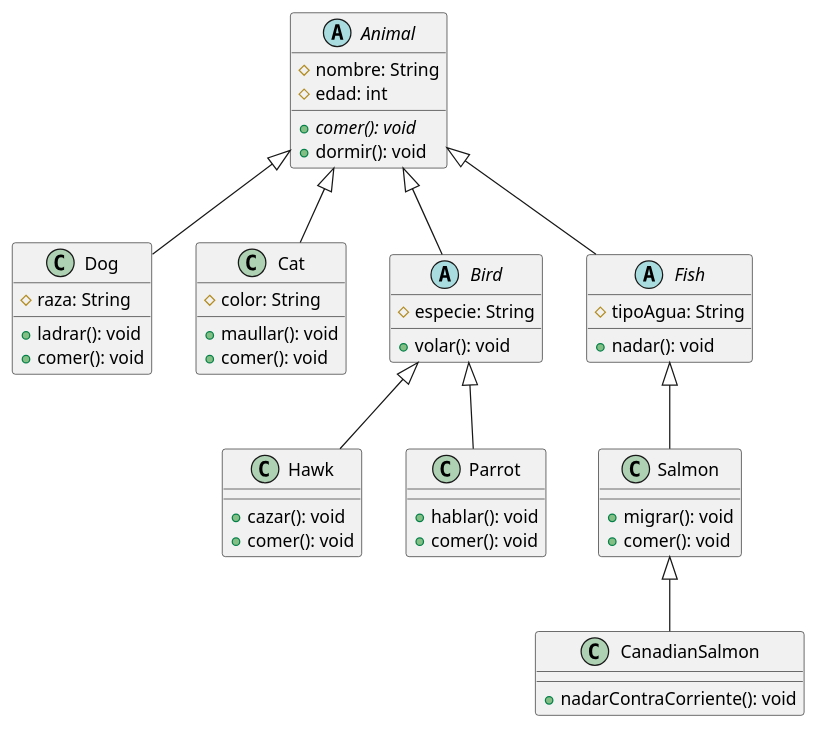
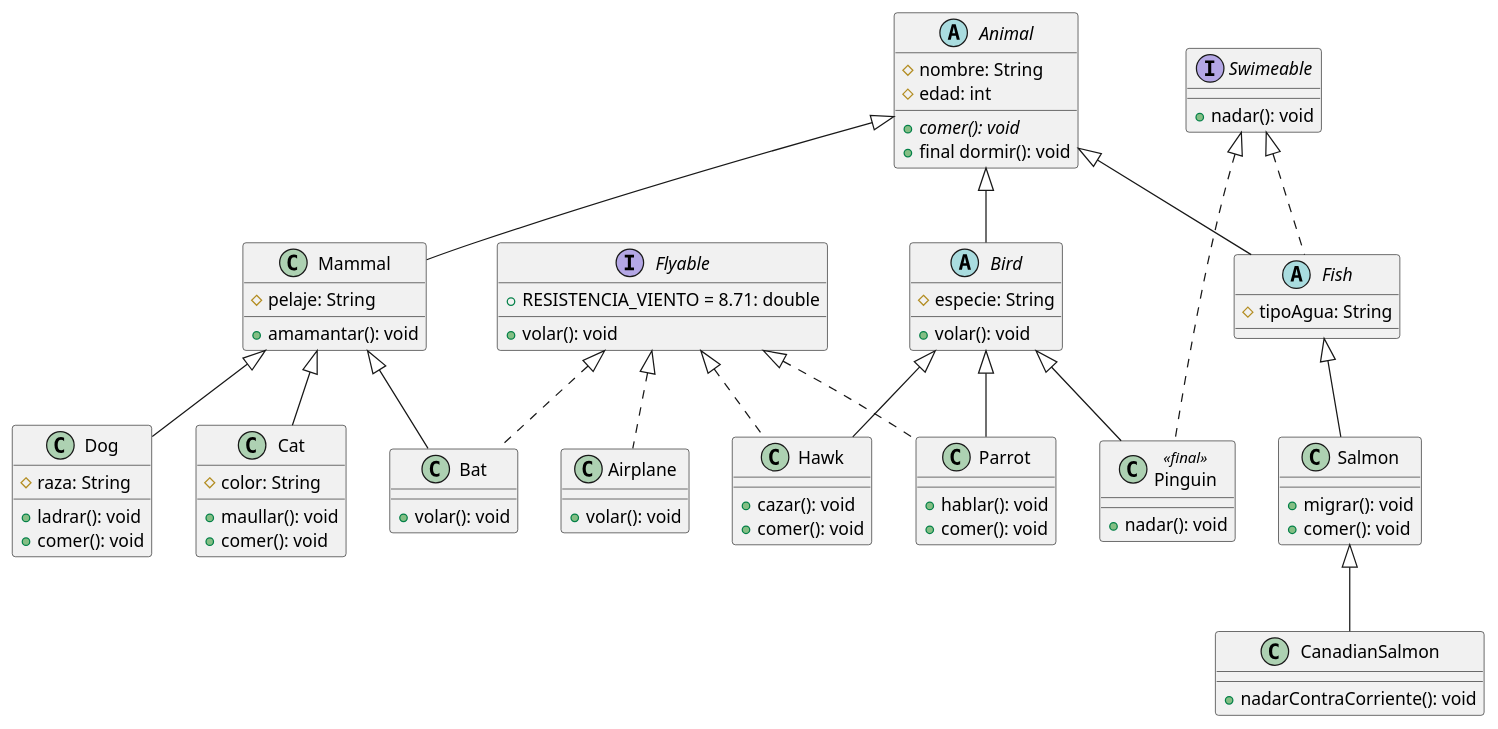
The diagram in diagrams/herencia.puml (jesus-castro89/poo), drawn with PlantUML before and after one commit. The commit also changed 18 other files, not shown here.

Commit message:
Diagramas de Clases

```diff
--- a/diagrams/herencia.puml
+++ b/diagrams/herencia.puml
@@ -1,42 +1,63 @@
 @startuml
 
 abstract class Animal {
     # nombre: String
     # edad: int
     + {abstract} comer(): void
-    + dormir(): void
+    + final dormir(): void
 }
-class Dog extends Animal {
+interface Swimeable {
+    + nadar(): void
+}
+interface Flyable {
+    + RESISTENCIA_VIENTO = 8.71: double
+    + volar(): void
+}
+class Dog extends Mammal {
     # raza: String
     + ladrar(): void
     + comer(): void
 }
-class Cat extends Animal {
+class Cat extends Mammal {
     # color: String
     + maullar(): void
     + comer(): void
 }
 abstract class Bird extends Animal {
     # especie: String
     + volar(): void
 }
-class Hawk extends Bird {
+class Hawk extends Bird implements Flyable {
     + cazar(): void
     + comer(): void
 }
-class Parrot extends Bird {
+class Parrot extends Bird implements Flyable {
     + hablar(): void
     + comer(): void
 }
-abstract class Fish extends Animal {
+abstract class Fish extends Animal implements Swimeable {
     # tipoAgua: String
-    + nadar(): void
 }
 class Salmon extends Fish {
     + migrar(): void
     + comer(): void
 }
+class Pinguin <<final>> extends Bird implements Swimeable {
+    + nadar(): void
+}
+class Mammal extends Animal {
+    # pelaje: String
+    + amamantar(): void
+}
+
+class Bat extends Mammal implements Flyable {
+    + volar(): void
+}
 class CanadianSalmon extends Salmon {
     + nadarContraCorriente(): void
 }
+
+class Airplane implements Flyable {
+    + volar(): void
+}
 @enduml
```
